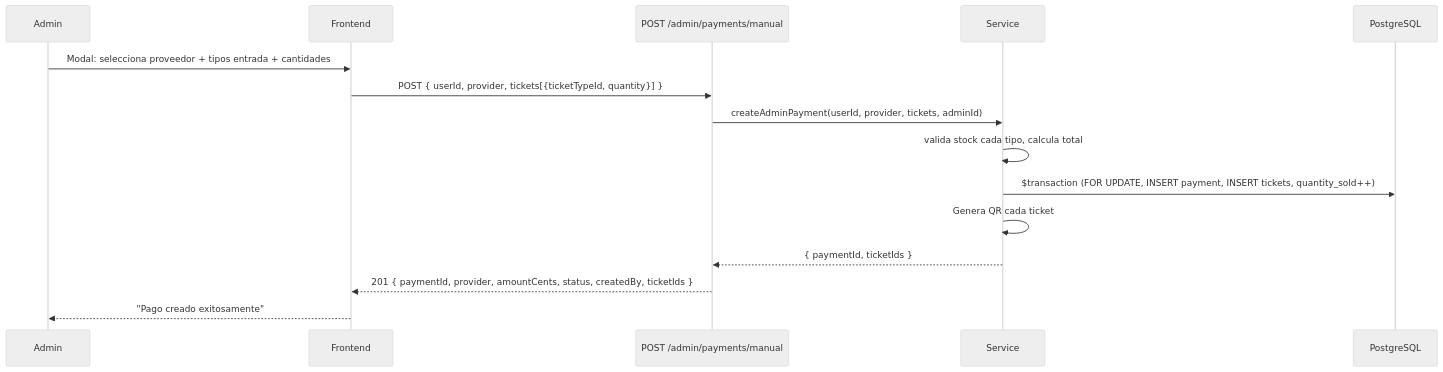
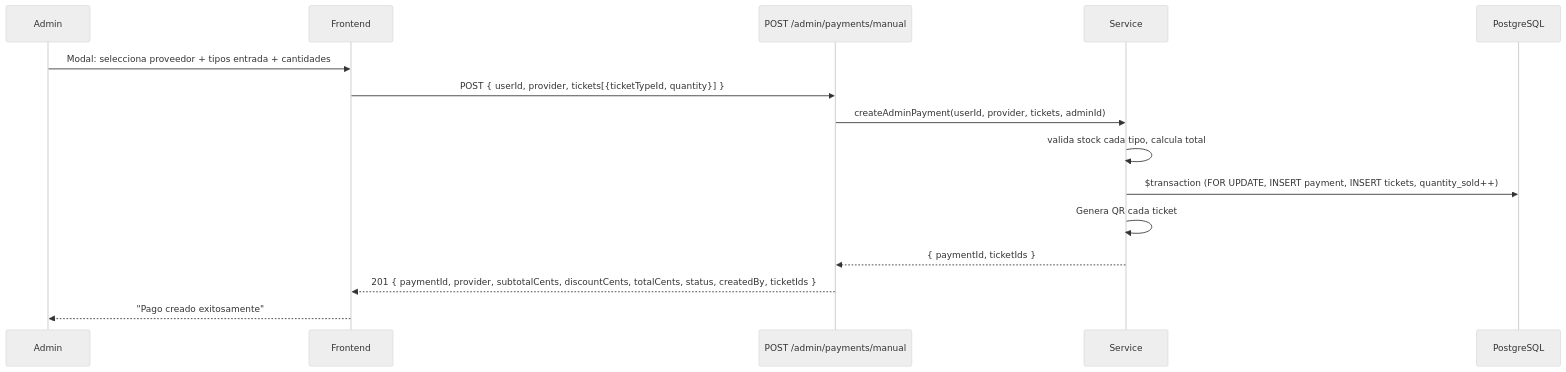
One commit to User281167/venta-de-tickets changed the fifth of 5 diagrams in backend/src/modules/admins/README.md. Above: the diagram before and after it, drawn with Mermaid (neutral theme). The commit also changed 22 other files, not shown here.

Commit message:
feat: payment manjea el descuento no el ticket por si solo, agregar sub totalt y total fix: Crear snapshot de precio de ticket para evitar que el admin lo cambie en tickets type

````diff
--- a/backend/src/modules/admins/README.md
+++ b/backend/src/modules/admins/README.md
@@ -152,18 +152,18 @@
 ```mermaid
 sequenceDiagram
     participant A as Admin
     participant FE as Frontend
     participant API as POST /admin/payments/manual
     participant S as Service
     participant DB as PostgreSQL
 
     A->>FE: Modal: selecciona proveedor + tipos entrada + cantidades
     FE->>API: POST { userId, provider, tickets[{ticketTypeId, quantity}] }
     API->>S: createAdminPayment(userId, provider, tickets, adminId)
     S->>S: valida stock cada tipo, calcula total
     S->>DB: $transaction (FOR UPDATE, INSERT payment, INSERT tickets, quantity_sold++)
     S->>S: Genera QR cada ticket
     S-->>API: { paymentId, ticketIds }
-    API-->>FE: 201 { paymentId, provider, amountCents, status, createdBy, ticketIds }
+    API-->>FE: 201 { paymentId, provider, subtotalCents, discountCents, totalCents, status, createdBy, ticketIds }
     FE-->>A: "Pago creado exitosamente"
 ```
````
